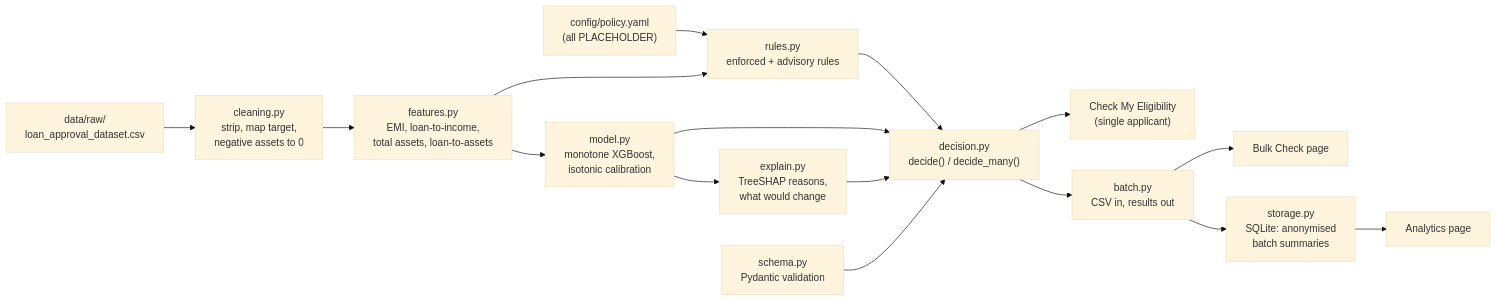
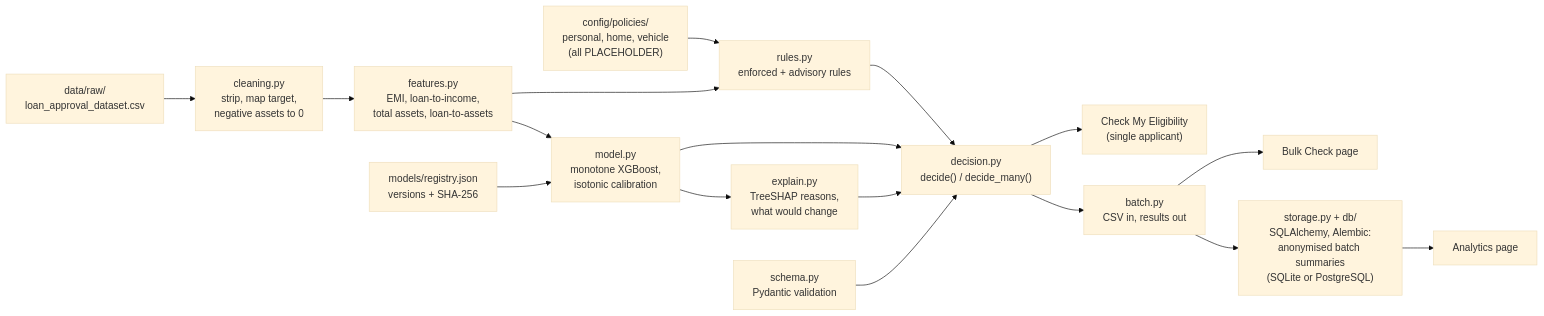
Before and after one commit to Anshu-raj-co/LoanLens: the diagram in PROJECT_EXPLAINED.md, drawn with Mermaid (base theme). The commit also changed other lines of this file and 53 other files, not shown here.

Commit message:
Milestone 1: database layer, policy profiles, model registry

````diff
--- a/PROJECT_EXPLAINED.md
+++ b/PROJECT_EXPLAINED.md
@@ -132,18 +146,19 @@
 ```mermaid
 flowchart LR
     RAW["data/raw/<br/>loan_approval_dataset.csv"] --> CLEAN["cleaning.py<br/>strip, map target,<br/>negative assets to 0"]
     CLEAN --> FEAT["features.py<br/>EMI, loan-to-income,<br/>total assets, loan-to-assets"]
-    CFG["config/policy.yaml<br/>(all PLACEHOLDER)"] --> RULES
+    CFG["config/policies/<br/>personal, home, vehicle<br/>(all PLACEHOLDER)"] --> RULES
     FEAT --> RULES["rules.py<br/>enforced + advisory rules"]
     FEAT --> MODEL["model.py<br/>monotone XGBoost,<br/>isotonic calibration"]
+    REG["models/registry.json<br/>versions + SHA-256"] --> MODEL
     MODEL --> EXPLAIN["explain.py<br/>TreeSHAP reasons,<br/>what would change"]
     RULES --> DECIDE["decision.py<br/>decide() / decide_many()"]
     MODEL --> DECIDE
     EXPLAIN --> DECIDE
     SCHEMA["schema.py<br/>Pydantic validation"] --> DECIDE
     DECIDE --> CUST["Check My Eligibility<br/>(single applicant)"]
     DECIDE --> BATCH["batch.py<br/>CSV in, results out"]
     BATCH --> BULK["Bulk Check page"]
-    BATCH --> STORE["storage.py<br/>SQLite: anonymised<br/>batch summaries"]
+    BATCH --> STORE["storage.py + db/<br/>SQLAlchemy, Alembic:<br/>anonymised batch summaries<br/>(SQLite or PostgreSQL)"]
     STORE --> ANALYTICS["Analytics page"]
 ```
````
